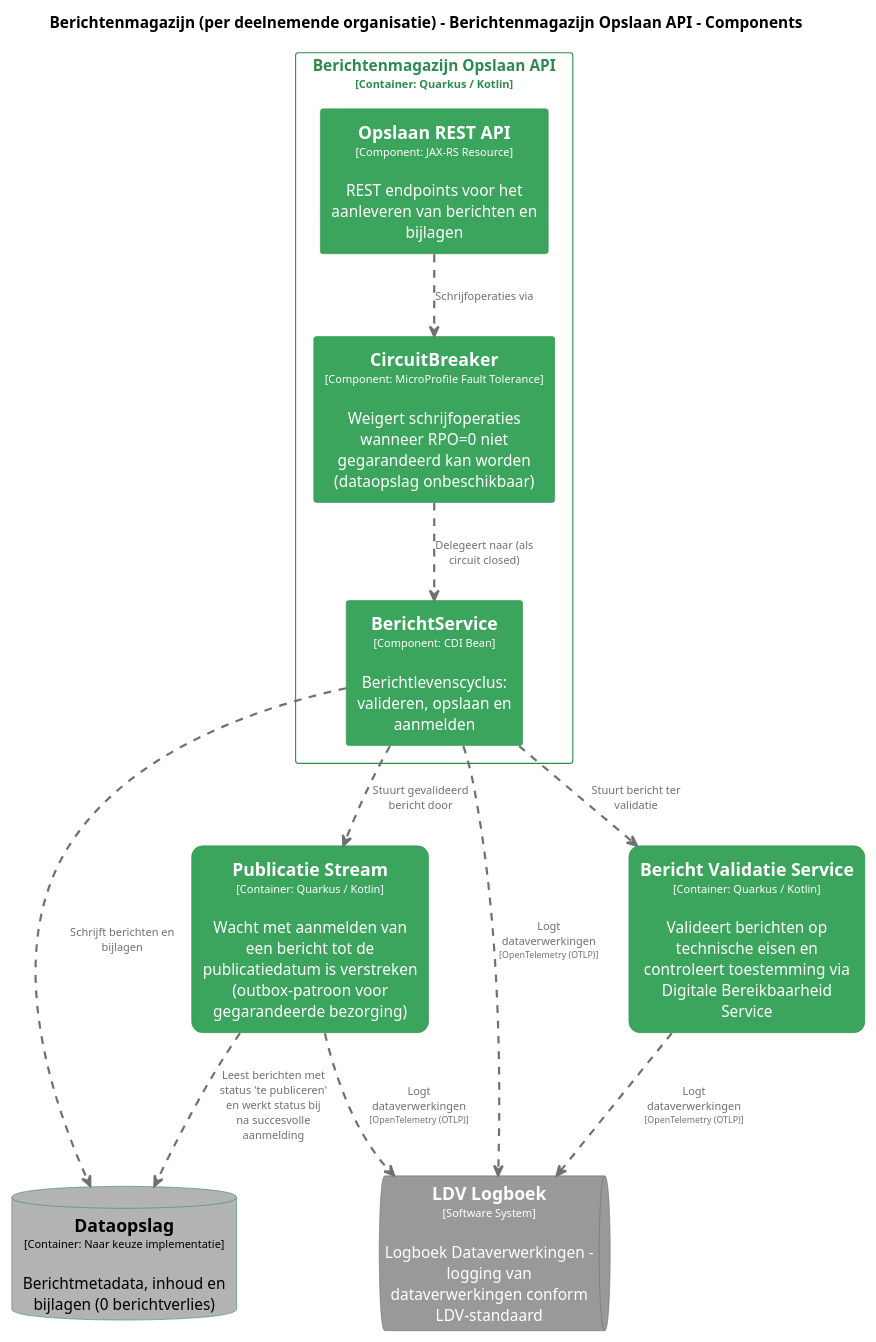
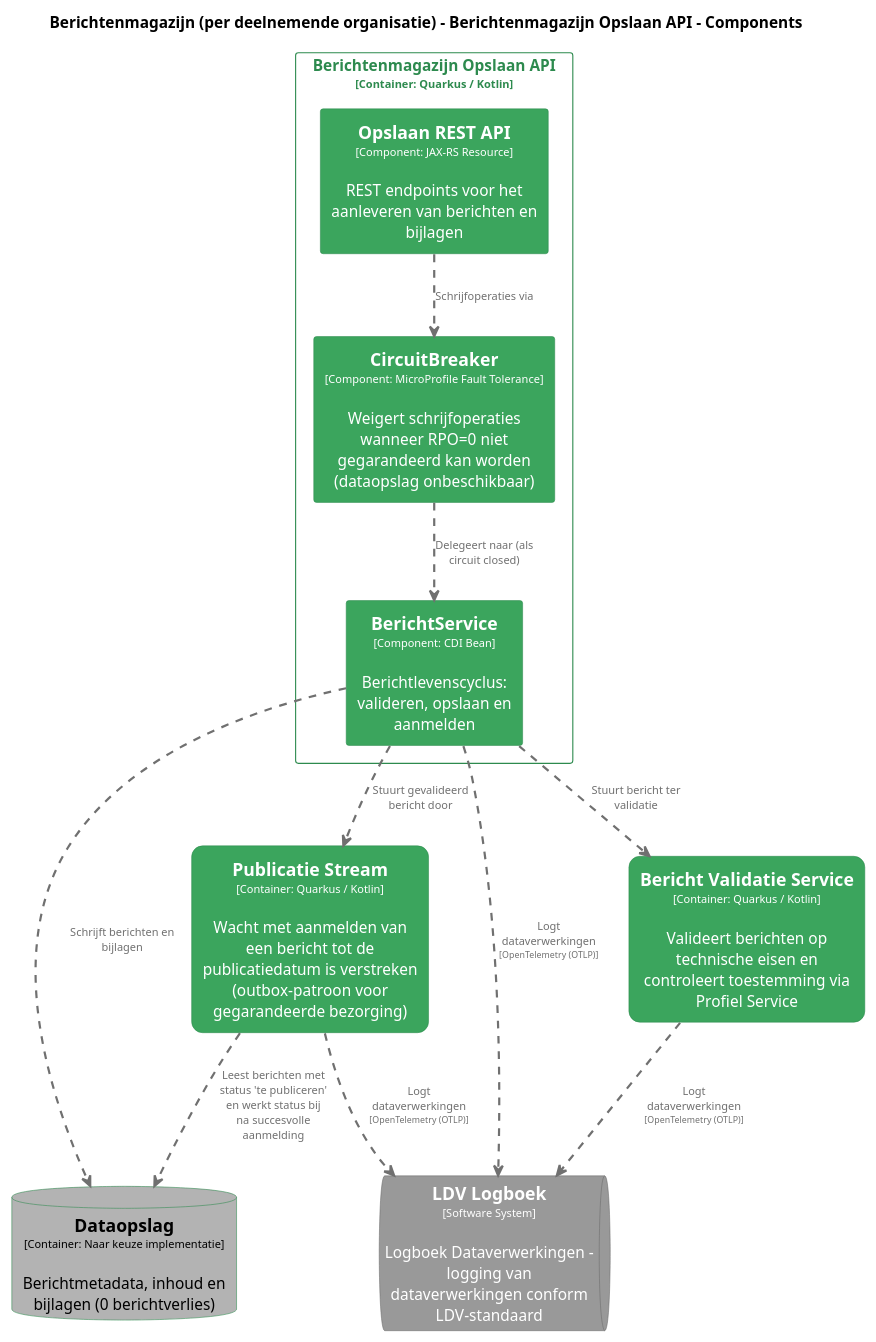
One commit to MinBZK/moza-poc-fbs-berichtenbox changed the diagram in pr-preview/pr-22/master/puml/OpslaanAPIComponenten.puml. Above: the diagram before and after it, drawn with PlantUML. The commit also changed 35 other files, not shown here.

```diff
--- a/pr-preview/pr-22/master/puml/OpslaanAPIComponenten.puml
+++ b/pr-preview/pr-22/master/puml/OpslaanAPIComponenten.puml
@@ -1,88 +1,88 @@
 @startuml
 set separator none
 title Berichtenmagazijn (per deelnemende organisatie) - Berichtenmagazijn Opslaan API - Components
 
 top to bottom direction
 skinparam ranksep 60
 skinparam nodesep 30
 
 skinparam {
   arrowFontSize 10
   defaultTextAlignment center
   wrapWidth 200
   maxMessageSize 100
 }
 
 hide stereotype
 
 skinparam rectangle<<Berichtenmagazijnperdeelnemendeorganisatie.BerichtValidatieService>> {
   BackgroundColor #3ba55d
   FontColor #ffffff
   BorderColor #2d8a4e
   roundCorner 20
   shadowing false
 }
 skinparam rectangle<<Berichtenmagazijnperdeelnemendeorganisatie.BerichtenmagazijnOpslaanAPI.BerichtService>> {
   BackgroundColor #3ba55d
   FontColor #ffffff
   BorderColor #2d8a4e
   shadowing false
 }
 skinparam rectangle<<Berichtenmagazijnperdeelnemendeorganisatie.BerichtenmagazijnOpslaanAPI.CircuitBreaker>> {
   BackgroundColor #3ba55d
   FontColor #ffffff
   BorderColor #2d8a4e
   shadowing false
 }
 skinparam database<<Berichtenmagazijnperdeelnemendeorganisatie.Dataopslag>> {
   BackgroundColor #b3b3b3
   FontColor #000000
   BorderColor #2d8a4e
   shadowing false
 }
 skinparam queue<<LDVLogboek>> {
   BackgroundColor #999999
   FontColor #ffffff
   BorderColor #6b6b6b
   shadowing false
 }
 skinparam rectangle<<Berichtenmagazijnperdeelnemendeorganisatie.BerichtenmagazijnOpslaanAPI.OpslaanRESTAPI>> {
   BackgroundColor #3ba55d
   FontColor #ffffff
   BorderColor #2d8a4e
   shadowing false
 }
 skinparam rectangle<<Berichtenmagazijnperdeelnemendeorganisatie.PublicatieStream>> {
   BackgroundColor #3ba55d
   FontColor #ffffff
   BorderColor #2d8a4e
   roundCorner 20
   shadowing false
 }
 skinparam rectangle<<Berichtenmagazijnperdeelnemendeorganisatie.BerichtenmagazijnOpslaanAPI>> {
   BorderColor #2d8a4e
   FontColor #2d8a4e
   shadowing false
 }
 
 database "==Dataopslag\n<size:10>[Container: Naar keuze implementatie]</size>\n\nBerichtmetadata, inhoud en bijlagen (0 berichtverlies)" <<Berichtenmagazijnperdeelnemendeorganisatie.Dataopslag>> as Berichtenmagazijnperdeelnemendeorganisatie.Dataopslag
-rectangle "==Bericht Validatie Service\n<size:10>[Container: Quarkus / Kotlin]</size>\n\nValideert berichten op technische eisen en controleert toestemming via Digitale Bereikbaarheid Service" <<Berichtenmagazijnperdeelnemendeorganisatie.BerichtValidatieService>> as Berichtenmagazijnperdeelnemendeorganisatie.BerichtValidatieService
+rectangle "==Bericht Validatie Service\n<size:10>[Container: Quarkus / Kotlin]</size>\n\nValideert berichten op technische eisen en controleert toestemming via Profiel Service" <<Berichtenmagazijnperdeelnemendeorganisatie.BerichtValidatieService>> as Berichtenmagazijnperdeelnemendeorganisatie.BerichtValidatieService
 rectangle "==Publicatie Stream\n<size:10>[Container: Quarkus / Kotlin]</size>\n\nWacht met aanmelden van een bericht tot de publicatiedatum is verstreken (outbox-patroon voor gegarandeerde bezorging)" <<Berichtenmagazijnperdeelnemendeorganisatie.PublicatieStream>> as Berichtenmagazijnperdeelnemendeorganisatie.PublicatieStream
 queue "==LDV Logboek\n<size:10>[Software System]</size>\n\nLogboek Dataverwerkingen - logging van dataverwerkingen conform LDV-standaard" <<LDVLogboek>> as LDVLogboek
 
 rectangle "Berichtenmagazijn Opslaan API\n<size:10>[Container: Quarkus / Kotlin]</size>" <<Berichtenmagazijnperdeelnemendeorganisatie.BerichtenmagazijnOpslaanAPI>> {
   rectangle "==Opslaan REST API\n<size:10>[Component: JAX-RS Resource]</size>\n\nREST endpoints voor het aanleveren van berichten en bijlagen" <<Berichtenmagazijnperdeelnemendeorganisatie.BerichtenmagazijnOpslaanAPI.OpslaanRESTAPI>> as Berichtenmagazijnperdeelnemendeorganisatie.BerichtenmagazijnOpslaanAPI.OpslaanRESTAPI
   rectangle "==CircuitBreaker\n<size:10>[Component: MicroProfile Fault Tolerance]</size>\n\nWeigert schrijfoperaties wanneer RPO=0 niet gegarandeerd kan worden (dataopslag onbeschikbaar)" <<Berichtenmagazijnperdeelnemendeorganisatie.BerichtenmagazijnOpslaanAPI.CircuitBreaker>> as Berichtenmagazijnperdeelnemendeorganisatie.BerichtenmagazijnOpslaanAPI.CircuitBreaker
   rectangle "==BerichtService\n<size:10>[Component: CDI Bean]</size>\n\nBerichtlevenscyclus: valideren, opslaan en aanmelden" <<Berichtenmagazijnperdeelnemendeorganisatie.BerichtenmagazijnOpslaanAPI.BerichtService>> as Berichtenmagazijnperdeelnemendeorganisatie.BerichtenmagazijnOpslaanAPI.BerichtService
 }
 
 Berichtenmagazijnperdeelnemendeorganisatie.BerichtenmagazijnOpslaanAPI.BerichtService .[#707070,thickness=2].> LDVLogboek : "<color:#707070>Logt dataverwerkingen\n<color:#707070><size:8>[OpenTelemetry (OTLP)]</size>"
 Berichtenmagazijnperdeelnemendeorganisatie.BerichtValidatieService .[#707070,thickness=2].> LDVLogboek : "<color:#707070>Logt dataverwerkingen\n<color:#707070><size:8>[OpenTelemetry (OTLP)]</size>"
 Berichtenmagazijnperdeelnemendeorganisatie.PublicatieStream .[#707070,thickness=2].> LDVLogboek : "<color:#707070>Logt dataverwerkingen\n<color:#707070><size:8>[OpenTelemetry (OTLP)]</size>"
 Berichtenmagazijnperdeelnemendeorganisatie.BerichtenmagazijnOpslaanAPI.OpslaanRESTAPI .[#707070,thickness=2].> Berichtenmagazijnperdeelnemendeorganisatie.BerichtenmagazijnOpslaanAPI.CircuitBreaker : "<color:#707070>Schrijfoperaties via"
 Berichtenmagazijnperdeelnemendeorganisatie.BerichtenmagazijnOpslaanAPI.CircuitBreaker .[#707070,thickness=2].> Berichtenmagazijnperdeelnemendeorganisatie.BerichtenmagazijnOpslaanAPI.BerichtService : "<color:#707070>Delegeert naar (als circuit closed)"
 Berichtenmagazijnperdeelnemendeorganisatie.BerichtenmagazijnOpslaanAPI.BerichtService .[#707070,thickness=2].> Berichtenmagazijnperdeelnemendeorganisatie.Dataopslag : "<color:#707070>Schrijft berichten en bijlagen"
 Berichtenmagazijnperdeelnemendeorganisatie.BerichtenmagazijnOpslaanAPI.BerichtService .[#707070,thickness=2].> Berichtenmagazijnperdeelnemendeorganisatie.BerichtValidatieService : "<color:#707070>Stuurt bericht ter validatie"
 Berichtenmagazijnperdeelnemendeorganisatie.BerichtenmagazijnOpslaanAPI.BerichtService .[#707070,thickness=2].> Berichtenmagazijnperdeelnemendeorganisatie.PublicatieStream : "<color:#707070>Stuurt gevalideerd bericht door"
 Berichtenmagazijnperdeelnemendeorganisatie.PublicatieStream .[#707070,thickness=2].> Berichtenmagazijnperdeelnemendeorganisatie.Dataopslag : "<color:#707070>Leest berichten met status 'te publiceren' en werkt status bij na succesvolle aanmelding"
 @enduml
```
